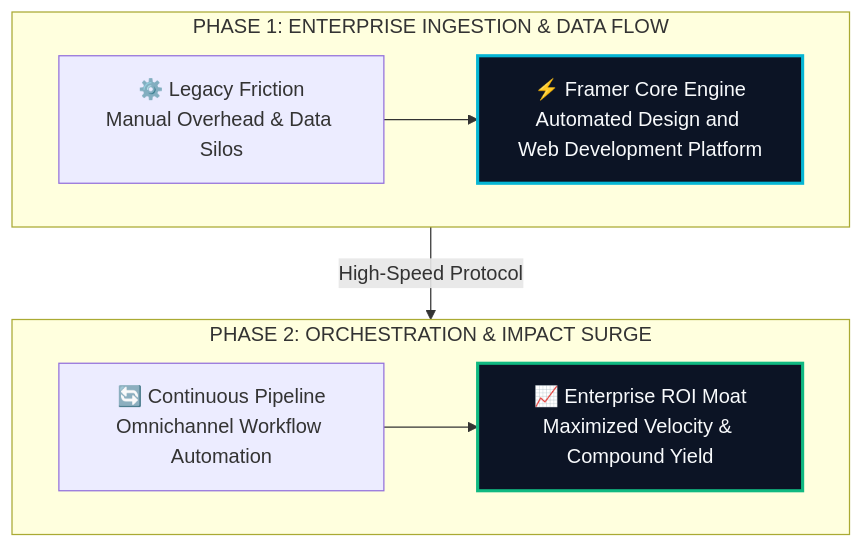
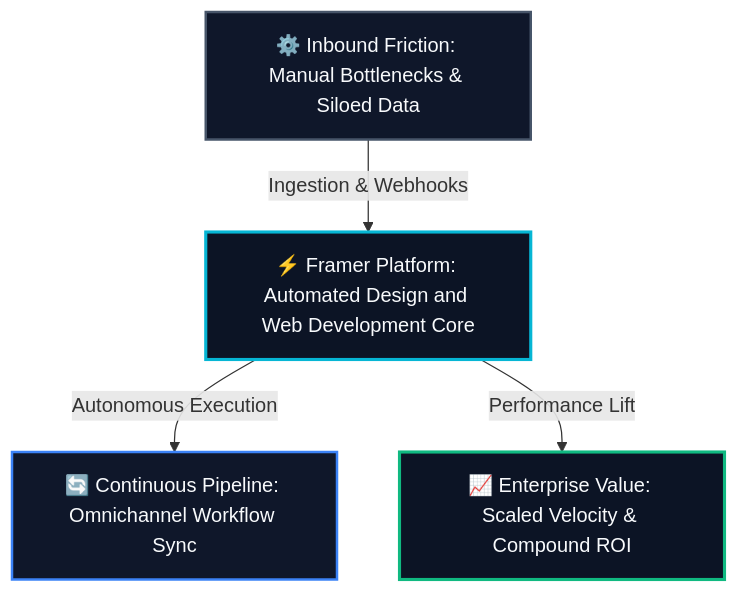
The diagram in site/src/content/blog/framer-evolution-guide-2026.md (heliatech-media/saas-radar), drawn with Mermaid before and after one commit. The commit also changed 93 other files, not shown here.

First line of the commit message:
fix(diagrams): resolve dagre-d3 subgraph collision by migrating to balanced 3-tier Hub & Spoke architecture

````diff
--- a/site/src/content/blog/framer-evolution-guide-2026.md
+++ b/site/src/content/blog/framer-evolution-guide-2026.md
@@ -52,14 +52,14 @@
 ```mermaid
 flowchart TD
-    subgraph S1["PHASE 1: ENTERPRISE INGESTION & DATA FLOW"]
-        direction LR
-        A["⚙️ Legacy Friction<br/>Manual Overhead & Data Silos"] --> B["⚡ Framer Core Engine<br/>Automated Design and Web Development Platform"]
-    end
-    subgraph S2["PHASE 2: ORCHESTRATION & IMPACT SURGE"]
-        direction LR
-        C["🔄 Continuous Pipeline<br/>Omnichannel Workflow Automation"] --> D["📈 Enterprise ROI Moat<br/>Maximized Velocity & Compound Yield"]
-    end
-    S1 -->|High-Speed Protocol| S2
-    style B fill:#0c1425,stroke:#06b6d4,stroke-width:2.5px,color:#f8fafc
-    style D fill:#0c1425,stroke:#10b981,stroke-width:2.5px,color:#f8fafc
+    Inp["⚙️ Inbound Friction: Manual Bottlenecks & Siloed Data"]
+    Eng["⚡ Framer Platform: Automated Design and Web Development Core"]
+    Out1["🔄 Continuous Pipeline: Omnichannel Workflow Sync"]
+    Out2["📈 Enterprise Value: Scaled Velocity & Compound ROI"]
+    Inp -->|Ingestion & Webhooks| Eng
+    Eng -->|Autonomous Execution| Out1
+    Eng -->|Performance Lift| Out2
+    style Inp fill:#0f172a,stroke:#475569,stroke-width:2px,color:#f8fafc
+    style Eng fill:#0c1425,stroke:#06b6d4,stroke-width:2.5px,color:#f8fafc
+    style Out1 fill:#0f172a,stroke:#3b82f6,stroke-width:2px,color:#f8fafc
+    style Out2 fill:#0c1425,stroke:#10b981,stroke-width:2.5px,color:#f8fafc
 ```
````
